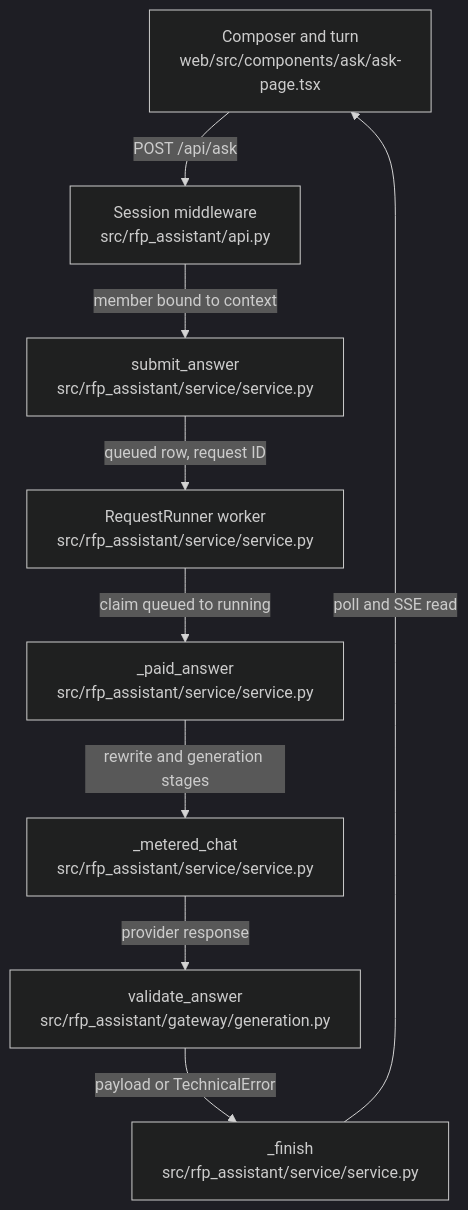
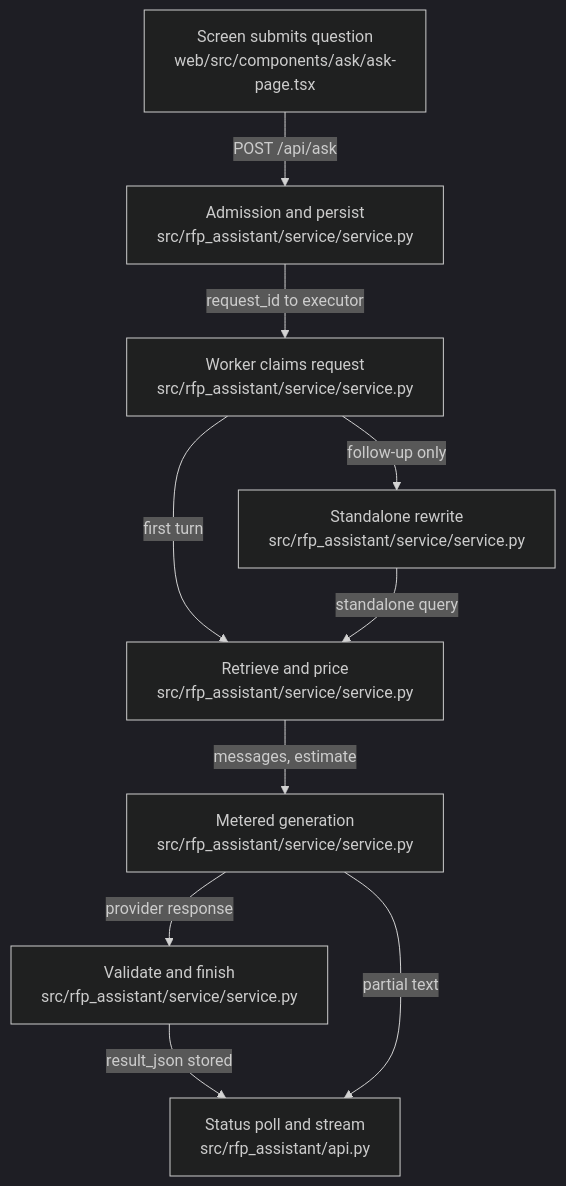
Before and after one commit to littleeeeebit/project-codeit-mid: the diagram in .omm/request-lifecycle/diagram.mmd, drawn with Mermaid (dark theme). The commit also changed 405 other files, not shown here.

```diff
--- a/.omm/request-lifecycle/diagram.mmd
+++ b/.omm/request-lifecycle/diagram.mmd
@@ -1,9 +1,10 @@
 graph TD
-  ask-composer["Composer and turn\nweb/src/components/ask/ask-page.tsx"] -->|POST /api/ask| session-check["Session middleware\nsrc/rfp_assistant/api.py"]
-  session-check -->|member bound to context| submit-answer["submit_answer\nsrc/rfp_assistant/service/service.py"]
-  submit-answer -->|queued row, request ID| request-runner["RequestRunner worker\nsrc/rfp_assistant/service/service.py"]
-  request-runner -->|claim queued to running| paid-answer["_paid_answer\nsrc/rfp_assistant/service/service.py"]
-  paid-answer -->|rewrite and generation stages| metered-call["_metered_chat\nsrc/rfp_assistant/service/service.py"]
-  metered-call -->|provider response| answer-validation["validate_answer\nsrc/rfp_assistant/gateway/generation.py"]
-  answer-validation -->|payload or TechnicalError| finish-record["_finish\nsrc/rfp_assistant/service/service.py"]
-  finish-record -->|poll and SSE read| ask-composer
+  screen-submit["Screen submits question\nweb/src/components/ask/ask-page.tsx"] -->|"POST /api/ask"| admission-and-persist["Admission and persist\nsrc/rfp_assistant/service/service.py"]
+  admission-and-persist -->|"request_id to executor"| worker-claim["Worker claims request\nsrc/rfp_assistant/service/service.py"]
+  worker-claim -->|"follow-up only"| follow-up-rewrite["Standalone rewrite\nsrc/rfp_assistant/service/service.py"]
+  worker-claim -->|"first turn"| retrieve-and-price["Retrieve and price\nsrc/rfp_assistant/service/service.py"]
+  follow-up-rewrite -->|"standalone query"| retrieve-and-price
+  retrieve-and-price -->|"messages, estimate"| metered-generation["Metered generation\nsrc/rfp_assistant/service/service.py"]
+  metered-generation -->|"provider response"| validate-and-finish["Validate and finish\nsrc/rfp_assistant/service/service.py"]
+  validate-and-finish -->|"result_json stored"| status-and-stream["Status poll and stream\nsrc/rfp_assistant/api.py"]
+  metered-generation -->|"partial text"| status-and-stream
```
